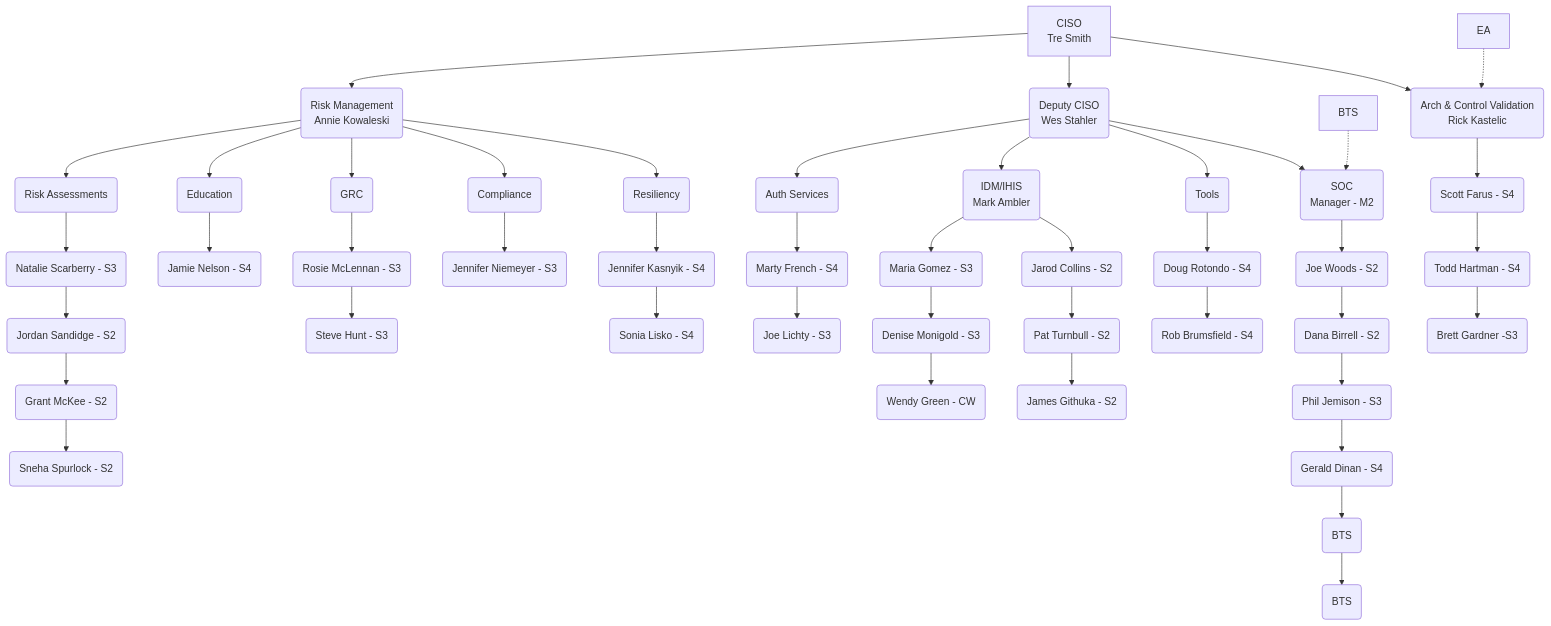
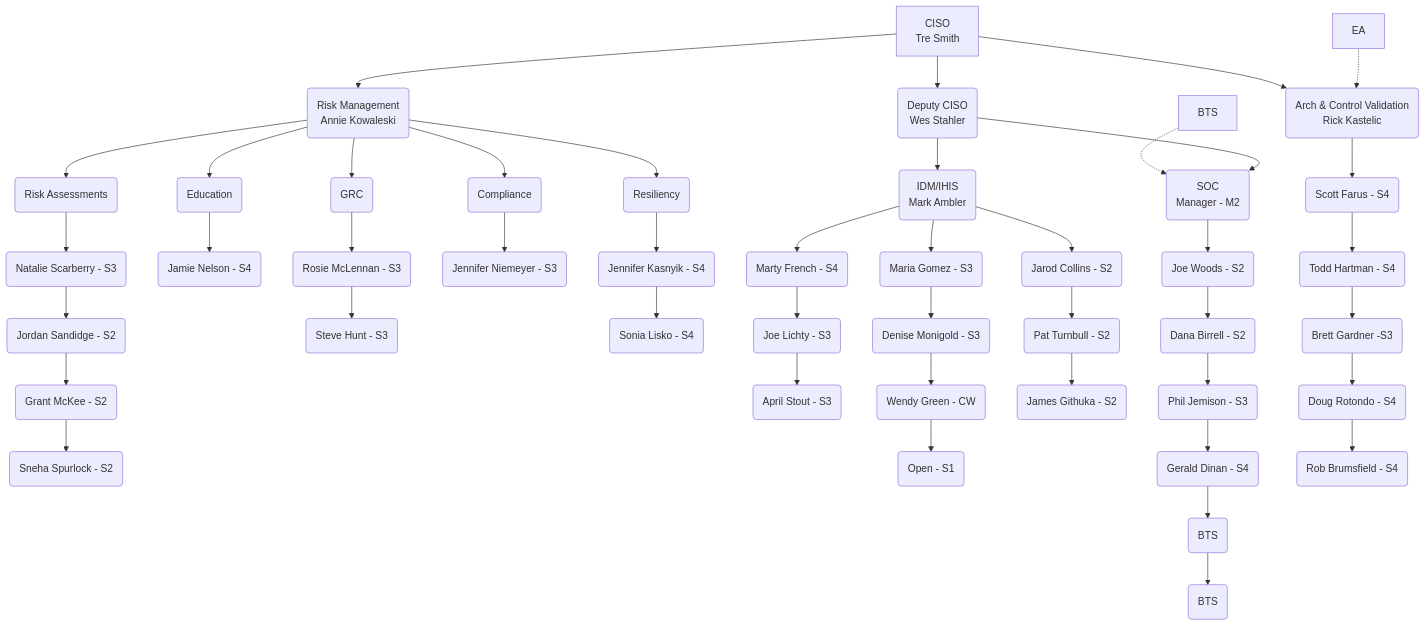
Before and after one commit to stahler/MermaidDiagrams: the diagram in CISO_Future.md, drawn with Mermaid. The commit also changed 1 other file, not shown here.

Commit message:
Update CISO_Future

````diff
--- a/CISO_Future.md
+++ b/CISO_Future.md
@@ -1,61 +1,65 @@
 ```mermaid
 flowchart TD
-    A[CISO<br>Tre Smith] -->R(Risk Management<br>Annie Kowaleski)
-    A -->DS(Deputy CISO<br>Wes Stahler)
-    A -->AR(Arch & Control Validation<br>Rick Kastelic)
+    %% Tre and direct reports
+    A[CISO<br>Tre Smith]    -->     R(Risk Management<br>Annie Kowaleski)
+    A                       -->     DS(Deputy CISO<br>Wes Stahler)
+    A                       -->     AR(Arch & Control Validation<br>Rick Kastelic)
 
-    %%  Risk Management Team
-    R --> Risk(Risk Assessments)
-    Risk --> NS(Natalie Scarberry - S3)
-    NS --> JS(Jordan Sandidge - S2)
-    JS --> GM(Grant McKee - S2)
-    GM --> SS(Sneha Spurlock - S2)
+    %%  Risk Management Team - Annie
+    R                       -->     Risk(Risk Assessments)
+    Risk                    -->     NS(Natalie Scarberry - S3)
+    NS                      -->     JS(Jordan Sandidge - S2)
+    JS                      -->     GM(Grant McKee - S2)
+    GM                      -->     SS(Sneha Spurlock - S2)
 
-    R --> ED(Education)
-    ED --> J(Jamie Nelson - S4)
+    R                       -->     ED(Education)
+    ED                      -->     J(Jamie Nelson - S4)
     
-    R --> GRC(GRC)
-    GRC --> RM(Rosie McLennan - S3)
-    RM --> SH(Steve Hunt - S3)
+    R                       -->     GRC(GRC)
+    GRC                     -->     RM(Rosie McLennan - S3)
+    RM                      -->     SH(Steve Hunt - S3)
 
-    R --> C(Compliance)
-    C --> JN(Jennifer Niemeyer - S3)
+    R                       -->     C(Compliance)
+    C                       -->     JN(Jennifer Niemeyer - S3)
 
-    R--> Res(Resiliency)
-    Res --> JK(Jennifer Kasnyik - S4)
-    JK --> SL(Sonia Lisko - S4)
-
+    R                       -->     Res(Resiliency)
+    Res                     -->     JK(Jennifer Kasnyik - S4)
+    JK                      -->     SL(Sonia Lisko - S4)
+    %%%%%%%%%%%%%%%%%%%%%%%%%%%%%%%%%%%%%%%%%%%%%%%%%%%%%%%%%%%%%
     
     %% Identity, Etc.    
-    DS --> AD(Auth Services)
-    AD --> MF(Marty French - S4)
-    MF --> JL(Joe Lichty - S3)
-    
-     DS --> IAM(IDM/IHIS<br> Mark Ambler)
-    IAM -->MG(Maria Gomez - S3)
-    MG -->DM(Denise Monigold - S3)
-    DM -->WG(Wendy Green - CW)
-    IAM -->JC(Jarod Collins - S2)
-    JC -->PT(Pat Turnbull - S2)
-    PT -->JG(James Githuka - S2)
-    
-    DS --> Tools(Tools)
-    Tools --> DR(Doug Rotondo - S4)
-    DR --> RB(Rob Brumsfield - S4)
-    DS --> SOC(SOC<br>Manager - M2)
-    
-    SOC--> JW(Joe Woods - S2)
-    JW --> DB(Dana Birrell - S2)
-    DB --> PJ(Phil Jemison - S3)
-    PJ --> GD(Gerald Dinan - S4)
-    GD -->O1(BTS)
-    O1 -->O2(BTS)
-    BTS -.-> SOC
+    DS                      -->     IAM(IDM/IHIS<br> Mark Ambler)
+    IAM                     -->     MF(Marty French - S4)
+    MF                      -->     JL(Joe Lichty - S3)
+    JL                      -->     Stout(April Stout - S3)
+    IAM                     -->     MG(Maria Gomez - S3)
+    MG                      -->     DM(Denise Monigold - S3)
+    DM                      -->     WG(Wendy Green - CW)
+    WG                      -->     OPEN(Open - S1)
+    IAM                     -->     JC(Jarod Collins - S2)
+    JC                      -->     PT(Pat Turnbull - S2)
+    PT                      -->     JG(James Githuka - S2)
+    %%%%%%%%%%%%%%%%%%%%%%%%%%%%%%%%%%%%%%%%%%%%%%%%%%%%%%%%%%%%%
+
+    %% SOC and Tooling
+    SOC                     -->     JW(Joe Woods - S2)
+    JW                      -->     DB(Dana Birrell - S2)
+    DB                      -->     PJ(Phil Jemison - S3)
+    PJ                      -->     GD(Gerald Dinan - S4)
+    GD                      -->     O1(BTS)
+    O1                      -->     O2(BTS)
+    BTS                     -.->    SOC
+    %%%%%%%%%%%%%%%%%%%%%%%%%%%%%%%%%%%%%%%%%%%%%%%%%%%%%%%%%%%%%
 
     %% Security Architecture 
-    EA[EA] -.-> AR
-    AR --> SF(Scott Farus - S4)
-    SF --> TH(Todd Hartman - S4)
-    TH --> BG(Brett Gardner -S3)   
+    EA[EA]                  -.->    AR
+    AR                      -->     SF(Scott Farus - S4)
+    SF                      -->     TH(Todd Hartman - S4)
+    TH                      -->     BG(Brett Gardner -S3)
+    BG                      -->     DR(Doug Rotondo - S4)
+    DR                      -->     RB(Rob Brumsfield - S4)
+    DS                      -->     SOC(SOC<br>Manager - M2)
+    
+      
     
 ```
````
